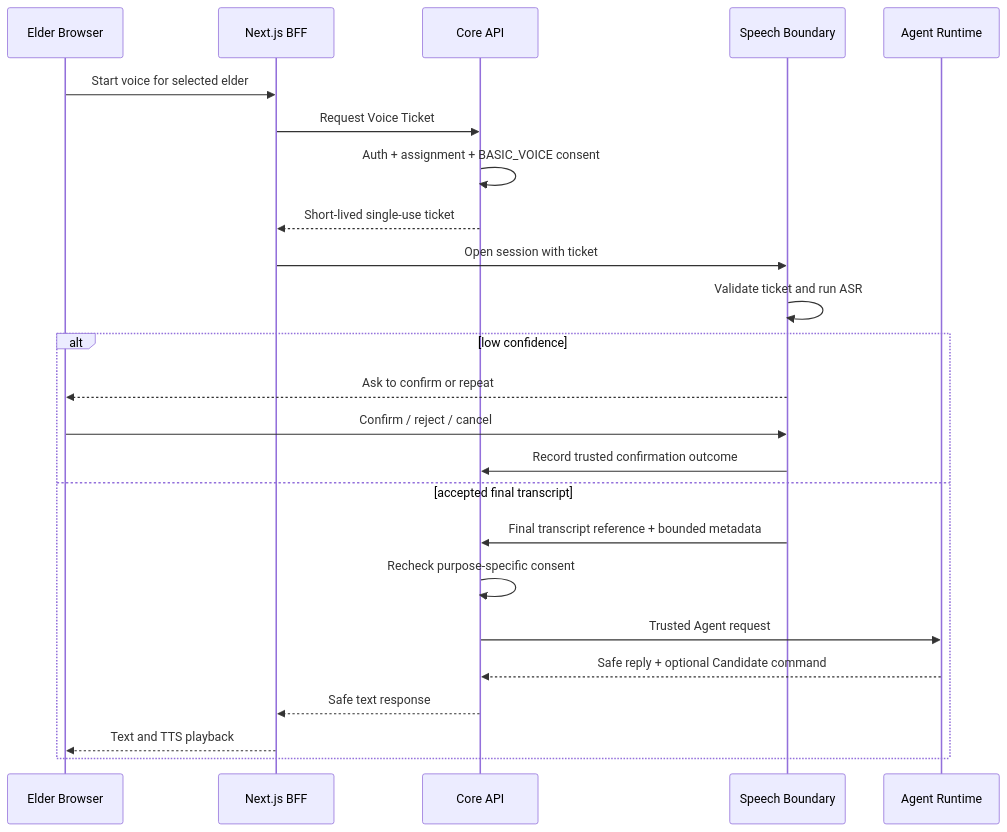
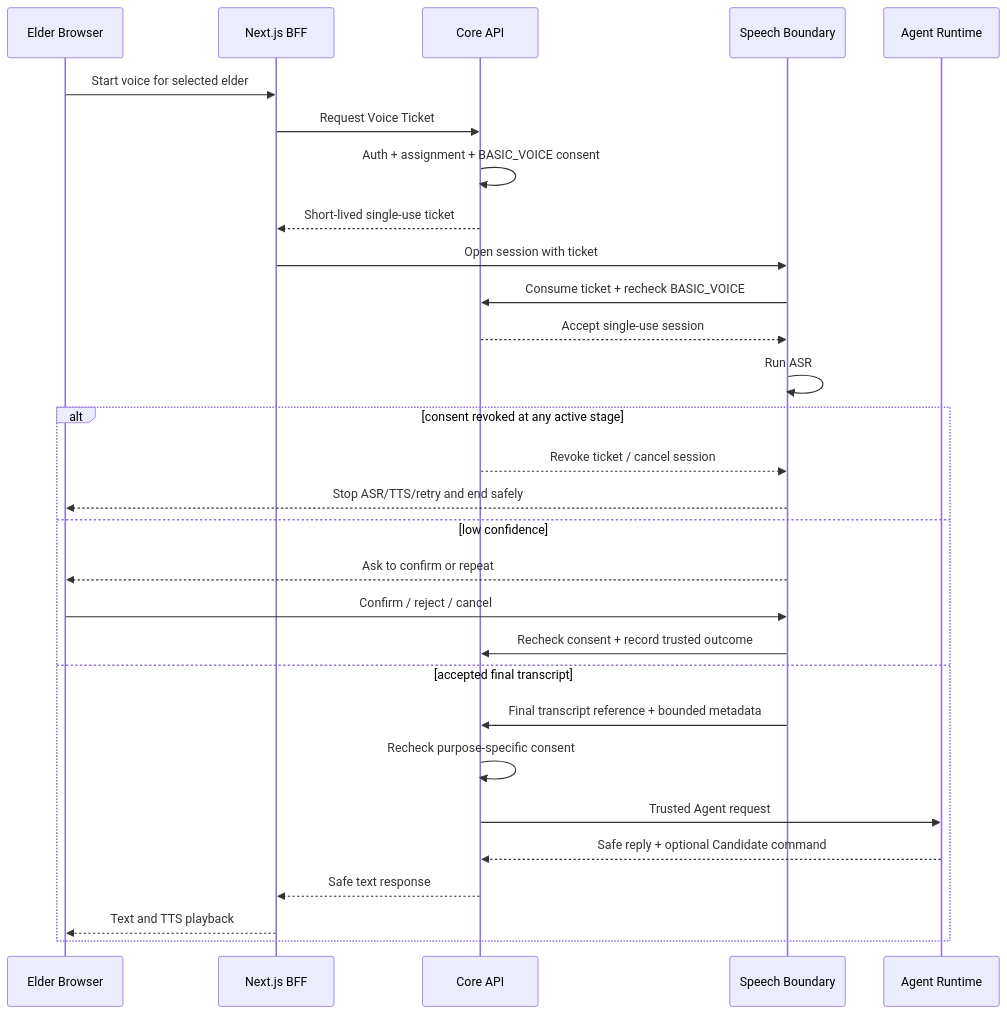
Before and after one commit to 71bk/kinsun.ai-product: the first of 4 diagrams in .kiro/specs/gate-1-agent-vertical-slice/design.md, drawn with Mermaid. The commit also changed other lines of this file and 4 other files, not shown here.

````diff
--- a/.kiro/specs/gate-1-agent-vertical-slice/design.md
+++ b/.kiro/specs/gate-1-agent-vertical-slice/design.md
@@ -158,27 +163,32 @@
 ```mermaid
 sequenceDiagram
     participant E as Elder Browser
     participant B as Next.js BFF
     participant C as Core API
     participant S as Speech Boundary
     participant A as Agent Runtime
 
     E->>B: Start voice for selected elder
     B->>C: Request Voice Ticket
     C->>C: Auth + assignment + BASIC_VOICE consent
     C-->>B: Short-lived single-use ticket
     B->>S: Open session with ticket
-    S->>S: Validate ticket and run ASR
-    alt low confidence
+    S->>C: Consume ticket + recheck BASIC_VOICE
+    C-->>S: Accept single-use session
+    S->>S: Run ASR
+    alt consent revoked at any active stage
+        C-->>S: Revoke ticket / cancel session
+        S-->>E: Stop ASR/TTS/retry and end safely
+    else low confidence
         S-->>E: Ask to confirm or repeat
         E->>S: Confirm / reject / cancel
-        S->>C: Record trusted confirmation outcome
+        S->>C: Recheck consent + record trusted outcome
     else accepted final transcript
         S->>C: Final transcript reference + bounded metadata
         C->>C: Recheck purpose-specific consent
         C->>A: Trusted Agent request
         A-->>C: Safe reply + optional Candidate command
         C-->>B: Safe text response
         B-->>E: Text and TTS playback
     end
 ```
````
